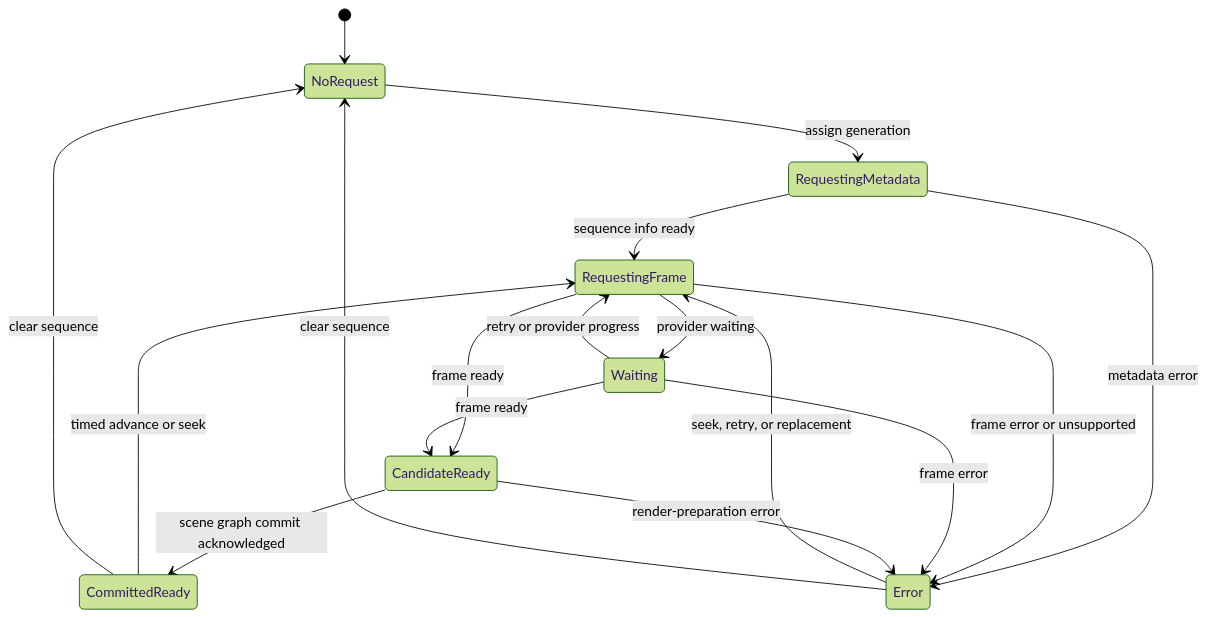
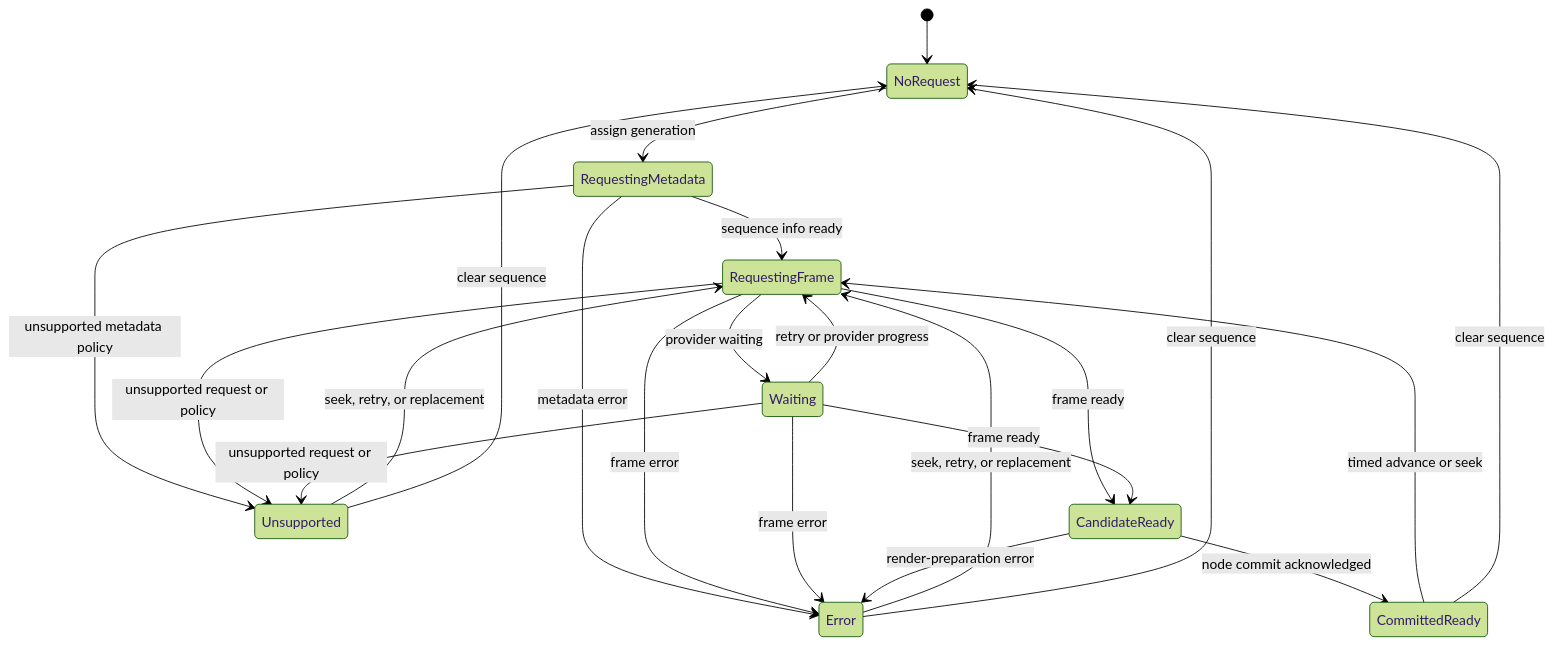
One commit to hnjae/kiriview changed the second of 5 diagrams in docs/architecture/playback-state-machine.md. Above: the diagram before and after it, drawn with Mermaid (forest theme). The commit also changed other lines of this file and 12 other files, not shown here.

First line of the commit message:
docs(imageviewport): consolidate sequence and render contracts

````diff
--- a/docs/architecture/playback-state-machine.md
+++ b/docs/architecture/playback-state-machine.md
@@ -61,19 +61,24 @@
 ```mermaid
 stateDiagram-v2
     [*] --> NoRequest
     NoRequest --> RequestingMetadata: assign generation
     RequestingMetadata --> RequestingFrame: sequence info ready
     RequestingMetadata --> Error: metadata error
+    RequestingMetadata --> Unsupported: unsupported metadata policy
     RequestingFrame --> Waiting: provider waiting
     Waiting --> RequestingFrame: retry or provider progress
     RequestingFrame --> CandidateReady: frame ready
     Waiting --> CandidateReady: frame ready
-    RequestingFrame --> Error: frame error or unsupported
+    RequestingFrame --> Unsupported: unsupported request or policy
+    RequestingFrame --> Error: frame error
+    Waiting --> Unsupported: unsupported request or policy
     Waiting --> Error: frame error
-    CandidateReady --> CommittedReady: scene graph commit acknowledged
+    CandidateReady --> CommittedReady: node commit acknowledged
     CandidateReady --> Error: render-preparation error
     CommittedReady --> RequestingFrame: timed advance or seek
     CommittedReady --> NoRequest: clear sequence
+    Unsupported --> RequestingFrame: seek, retry, or replacement
+    Unsupported --> NoRequest: clear sequence
     Error --> RequestingFrame: seek, retry, or replacement
     Error --> NoRequest: clear sequence
 ```
````
